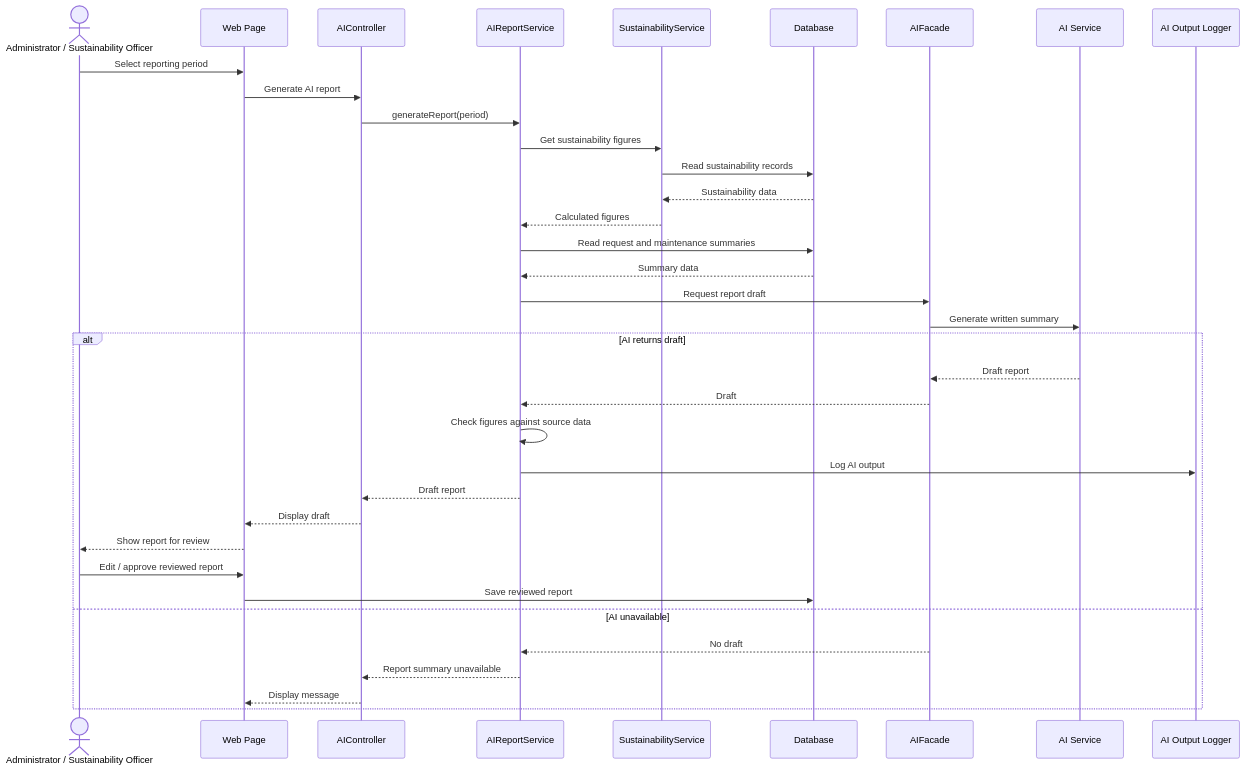
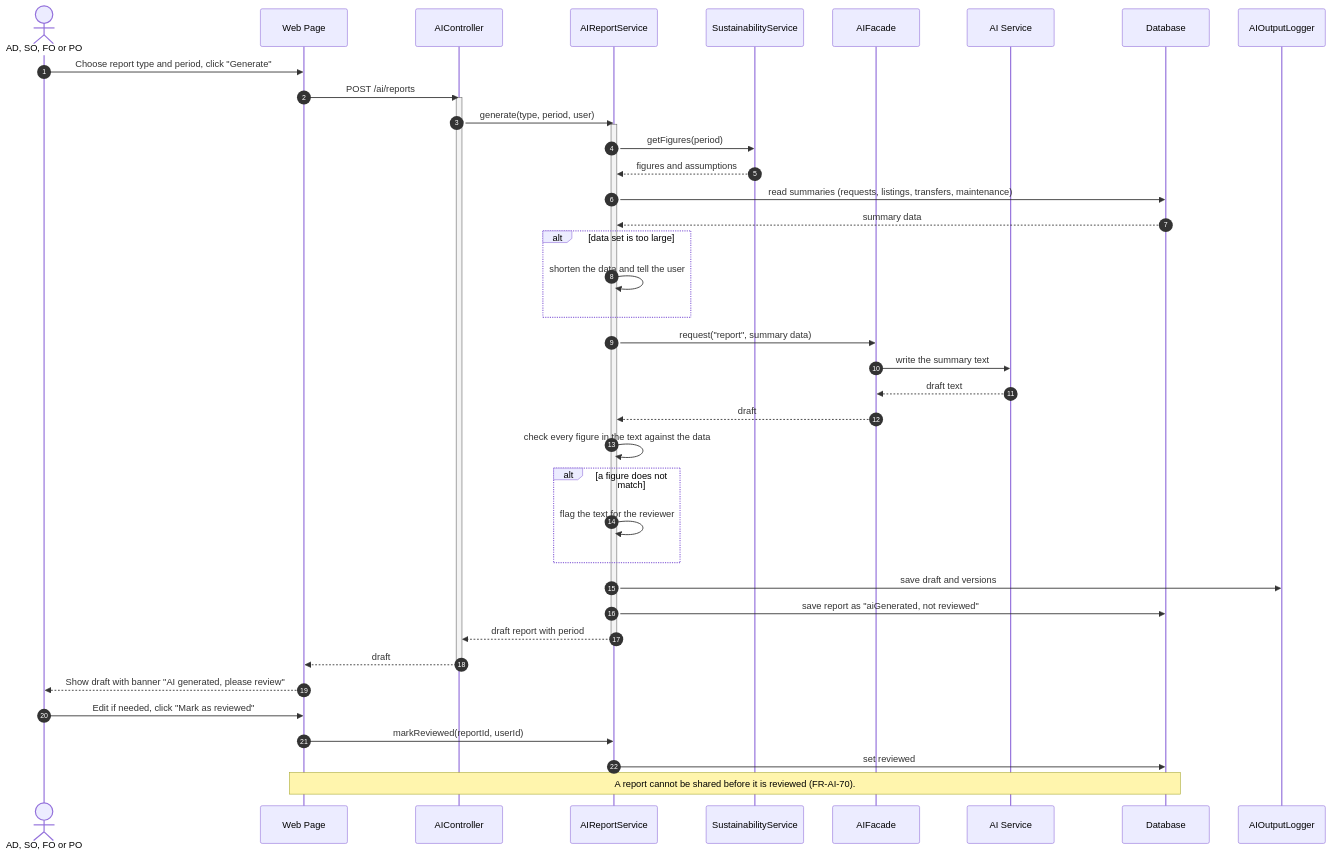
One commit to Abdulla66541/COSC336-GROUP5 changed the fifth of 12 diagrams in phase 4-5/04_part4_ai_and_sustainability.md. Above: the diagram before and after it, drawn with Mermaid. The commit also changed other lines of this file, not shown here.

````diff
--- a/phase 4-5/04_part4_ai_and_sustainability.md
+++ b/phase 4-5/04_part4_ai_and_sustainability.md
@@ -270,40 +255,50 @@
 ```mermaid
 sequenceDiagram
-    actor U as Administrator / Sustainability Officer
+    autonumber
+    actor U as AD, SO, FO or PO
     participant UI as Web Page
-    participant AIC as AIController
-    participant AR as AIReportService
-    participant SS as SustainabilityService
+    participant AIController
+    participant AIReportService
+    participant SustainabilityService
+    participant AIFacade
+    participant AIService as AI Service
     participant DB as Database
-    participant AF as AIFacade
-    participant AI as AI Service
-    participant LOG as AI Output Logger
+    participant Log as AIOutputLogger
 
-    U->>UI: Select reporting period
-    UI->>AIC: Generate AI report
-    AIC->>AR: generateReport(period)
-    AR->>SS: Get sustainability figures
-    SS->>DB: Read sustainability records
-    DB-->>SS: Sustainability data
-    SS-->>AR: Calculated figures
-    AR->>DB: Read request and maintenance summaries
-    DB-->>AR: Summary data
-    AR->>AF: Request report draft
-    AF->>AI: Generate written summary
+    U->>UI: Choose report type and period, click "Generate"
+    UI->>AIController: POST /ai/reports
+    activate AIController
+    AIController->>AIReportService: generate(type, period, user)
+    activate AIReportService
+    AIReportService->>SustainabilityService: getFigures(period)
+    SustainabilityService-->>AIReportService: figures and assumptions
+    AIReportService->>DB: read summaries (requests, listings, transfers, maintenance)
+    DB-->>AIReportService: summary data
 
-    alt AI returns draft
-        AI-->>AF: Draft report
-        AF-->>AR: Draft
-        AR->>AR: Check figures against source data
-        AR->>LOG: Log AI output
-        AR-->>AIC: Draft report
-        AIC-->>UI: Display draft
-        UI-->>U: Show report for review
-        U->>UI: Edit / approve reviewed report
-        UI->>DB: Save reviewed report
-    else AI unavailable
-        AF-->>AR: No draft
-        AR-->>AIC: Report summary unavailable
-        AIC-->>UI: Display message
+    alt data set is too large
+        AIReportService->>AIReportService: shorten the data and tell the user
     end
+
+    AIReportService->>AIFacade: request("report", summary data)
+    AIFacade->>AIService: write the summary text
+    AIService-->>AIFacade: draft text
+    AIFacade-->>AIReportService: draft
+    AIReportService->>AIReportService: check every figure in the text against the data
+
+    alt a figure does not match
+        AIReportService->>AIReportService: flag the text for the reviewer
+    end
+
+    AIReportService->>Log: save draft and versions
+    AIReportService->>DB: save report as "aiGenerated, not reviewed"
+    AIReportService-->>AIController: draft report with period
+    deactivate AIReportService
+    AIController-->>UI: draft
+    deactivate AIController
+    UI-->>U: Show draft with banner "AI generated, please review"
+    U->>UI: Edit if needed, click "Mark as reviewed"
+    UI->>AIReportService: markReviewed(reportId, userId)
+    AIReportService->>DB: set reviewed
+
+    Note over UI,DB: A report cannot be shared before it is reviewed (FR-AI-70).
 ```
````
